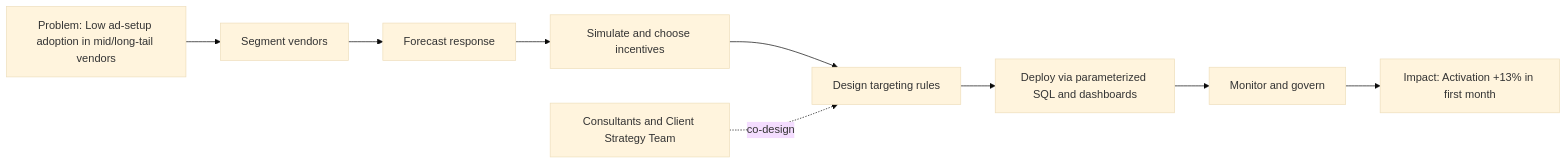
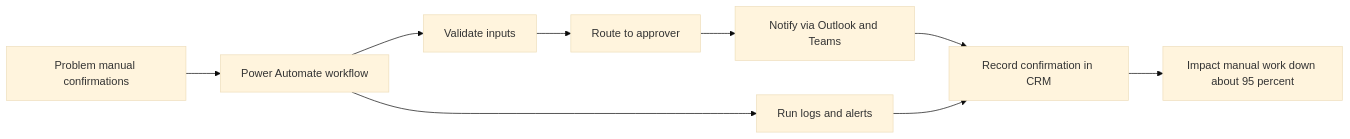
One commit to LuDanielPoyu/Volkswagen-IT-Engineer changed the second of 2 diagrams in README.md. Above: the diagram before and after it, drawn with Mermaid (base theme). The commit also changed other lines of this file, not shown here.

````diff
--- a/README.md
+++ b/README.md
@@ -242,13 +57,11 @@
 ```mermaid
 flowchart LR
-  A[Problem: Low ad-setup adoption in mid/long-tail vendors] --> B[Segment vendors]
-  B --> C[Forecast response]
-  C --> D[Simulate and choose incentives]
-  D --> E[Design targeting rules]
-  E --> F[Deploy via parameterized SQL and dashboards]
-  F --> G[Monitor and govern]
-  G --> H[Impact: Activation +13% in first month]
-
-  I[Consultants and Client Strategy Team]
-  I -. co-design .-> E
+  A[Problem manual confirmations] --> B[Power Automate workflow]
+  B --> C[Validate inputs]
+  C --> D[Route to approver]
+  D --> E[Notify via Outlook and Teams]
+  B --> F[Run logs and alerts]
+  E --> G[Record confirmation in CRM]
+  F --> G
+  G --> H[Impact manual work down about 95 percent]
 ```
````
